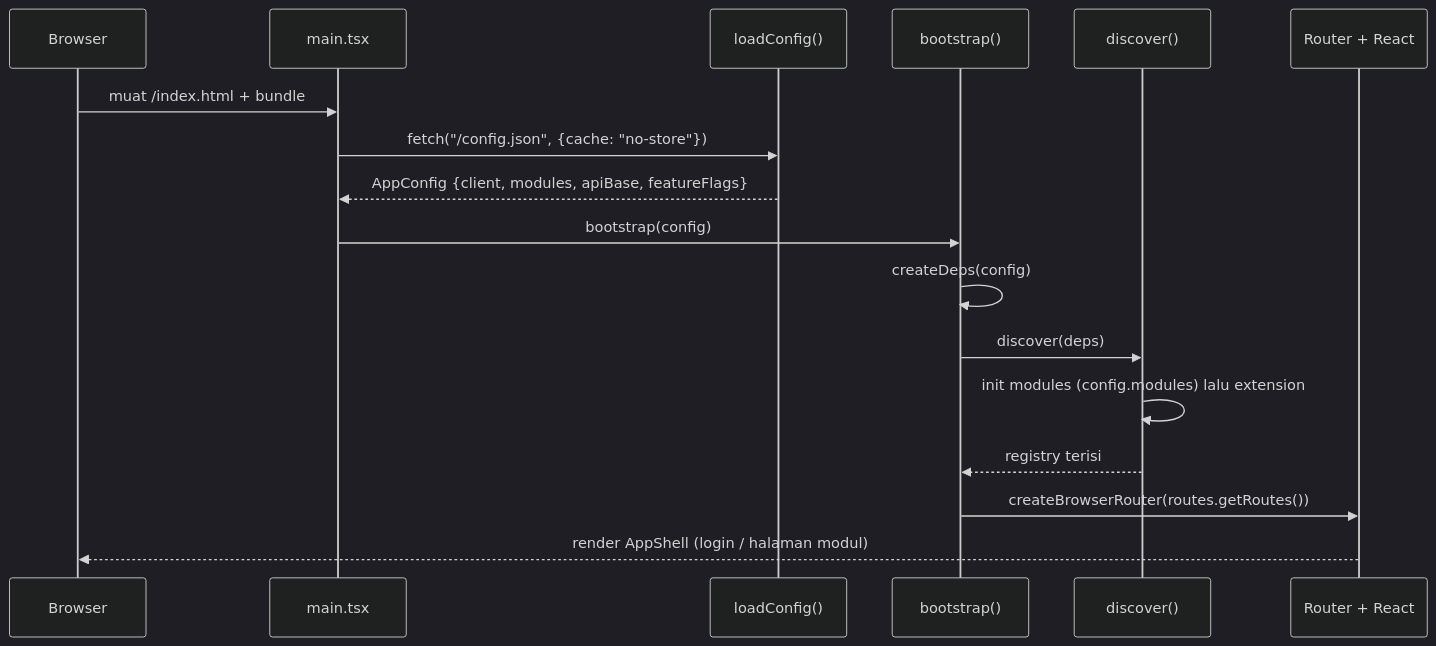
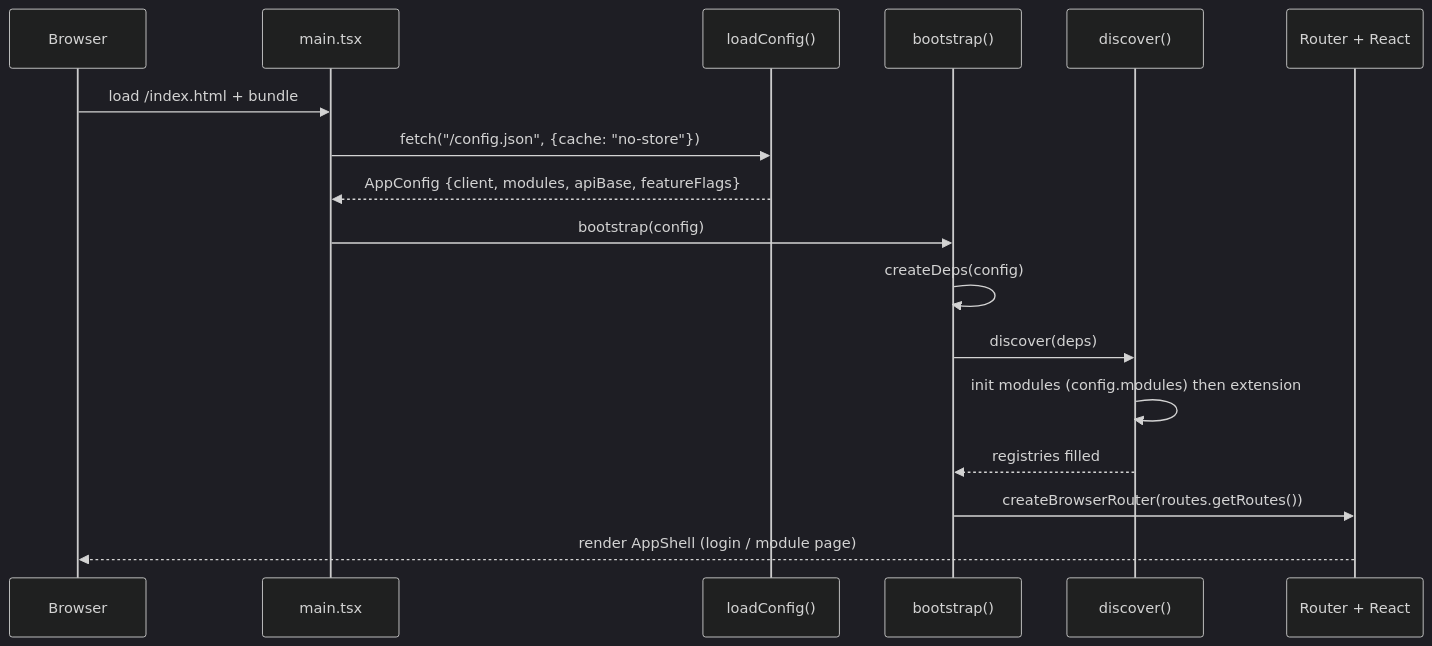
One commit to satriolangit/modular-web-sample changed the third of 7 diagrams in docs/ARCHITECTURE.en.md. Above: the diagram before and after it, drawn with Mermaid (dark theme). The commit also changed other lines of this file and 7 other files, not shown here.

````diff
--- a/docs/ARCHITECTURE.en.md
+++ b/docs/ARCHITECTURE.en.md
@@ -426,19 +426,19 @@
 ```mermaid
 sequenceDiagram
     participant U as Browser
     participant MN as main.tsx
     participant LC as loadConfig()
     participant BS as bootstrap()
     participant DS as discover()
     participant R as Router + React
-    U->>MN: muat /index.html + bundle
+    U->>MN: load /index.html + bundle
     MN->>LC: fetch("/config.json", {cache: "no-store"})
     LC-->>MN: AppConfig {client, modules, apiBase, featureFlags}
     MN->>BS: bootstrap(config)
     BS->>BS: createDeps(config)
     BS->>DS: discover(deps)
-    DS->>DS: init modules (config.modules) lalu extension
-    DS-->>BS: registry terisi
+    DS->>DS: init modules (config.modules) then extension
+    DS-->>BS: registries filled
     BS->>R: createBrowserRouter(routes.getRoutes())
-    R-->>U: render AppShell (login / halaman modul)
+    R-->>U: render AppShell (login / module page)
 ```
````
